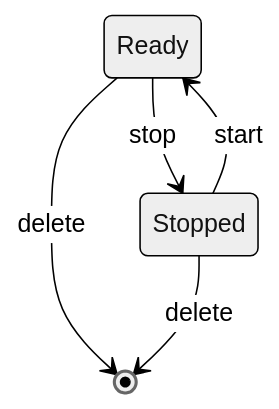
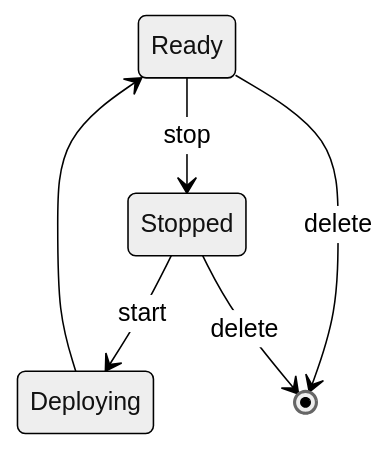
One commit to ultralytics/ultralytics changed the second of 2 diagrams in docs/en/platform/deploy/endpoints.md. Above: the diagram before and after it, drawn with Mermaid (neutral theme). The commit also changed 10 other files, not shown here.

First line of the commit message:
Fix Mermaid review findings and re-tune diagrams for the dagre layout

````diff
--- a/docs/en/platform/deploy/endpoints.md
+++ b/docs/en/platform/deploy/endpoints.md
@@ -295,7 +295,8 @@
 ```mermaid
 stateDiagram-v2
     Ready --> Stopped: stop
-    Stopped --> Ready: start
+    Stopped --> Deploying: start
+    Deploying --> Ready
     Ready --> [*]: delete
     Stopped --> [*]: delete
 ```
````
